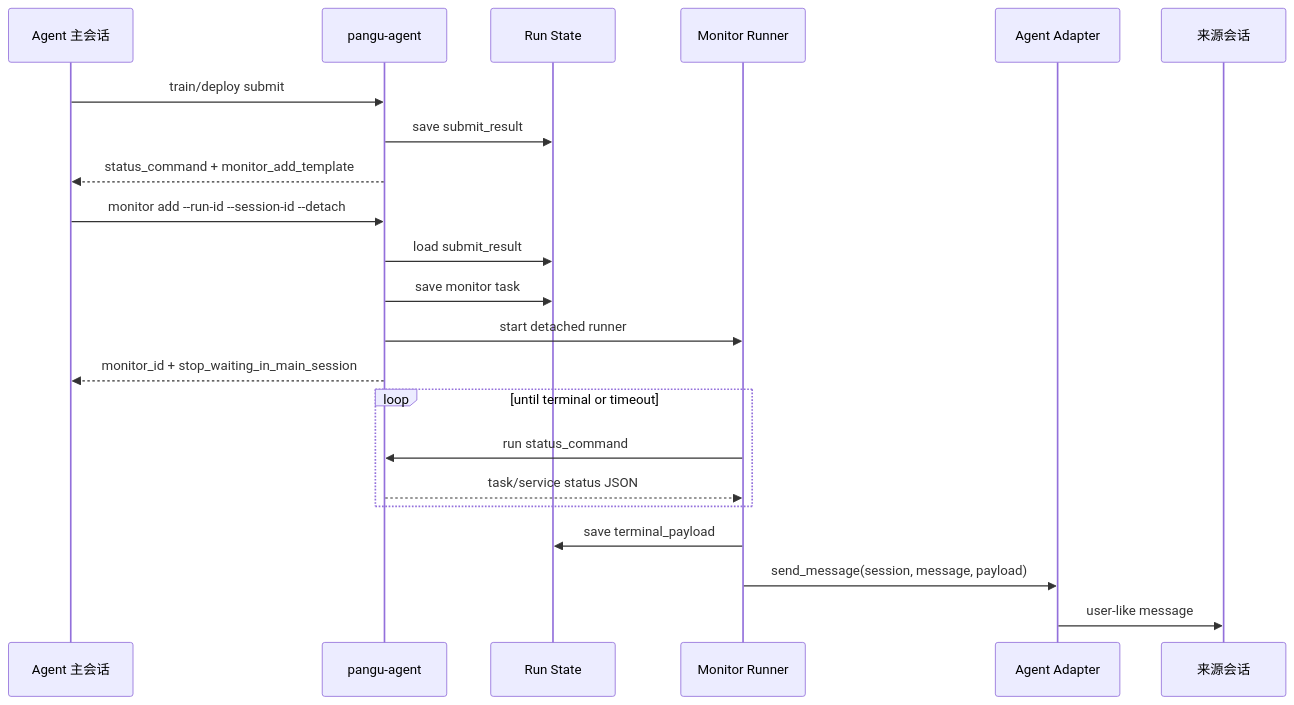
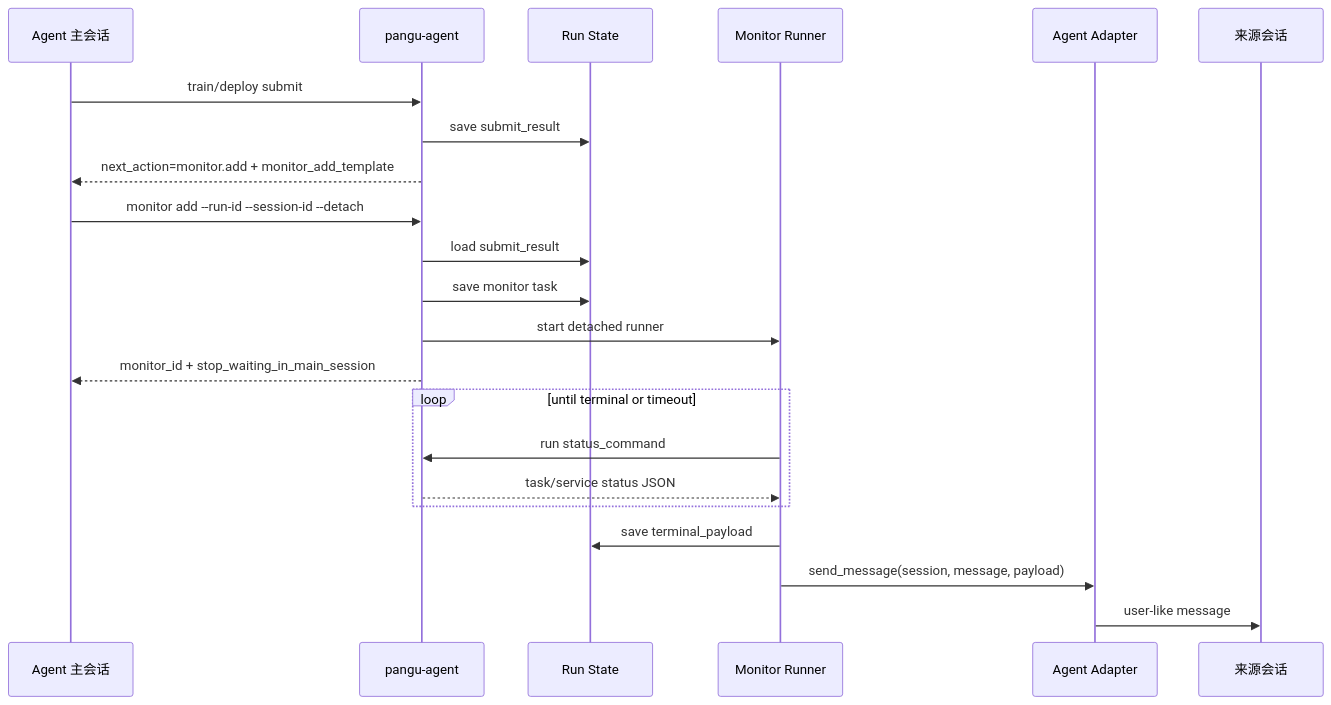
Before and after one commit to saitamahang/Mas_API_cli: the ninth of 9 diagrams in docs/pangu-agent-design-v2.md, drawn with Mermaid. The commit also changed other lines of this file and 4 other files, not shown here.

````diff
--- a/docs/pangu-agent-design-v2.md
+++ b/docs/pangu-agent-design-v2.md
@@ -994,28 +995,28 @@
 ```mermaid
 sequenceDiagram
     participant Agent as Agent 主会话
     participant CLI as pangu-agent
     participant State as Run State
     participant Monitor as Monitor Runner
     participant Adapter as Agent Adapter
     participant Session as 来源会话
 
     Agent->>CLI: train/deploy submit
     CLI->>State: save submit_result
-    CLI-->>Agent: status_command + monitor_add_template
+    CLI-->>Agent: next_action=monitor.add + monitor_add_template
 
     Agent->>CLI: monitor add --run-id --session-id --detach
     CLI->>State: load submit_result
     CLI->>State: save monitor task
     CLI->>Monitor: start detached runner
     CLI-->>Agent: monitor_id + stop_waiting_in_main_session
 
     loop until terminal or timeout
         Monitor->>CLI: run status_command
         CLI-->>Monitor: task/service status JSON
     end
 
     Monitor->>State: save terminal_payload
     Monitor->>Adapter: send_message(session, message, payload)
     Adapter->>Session: user-like message
 ```
````
